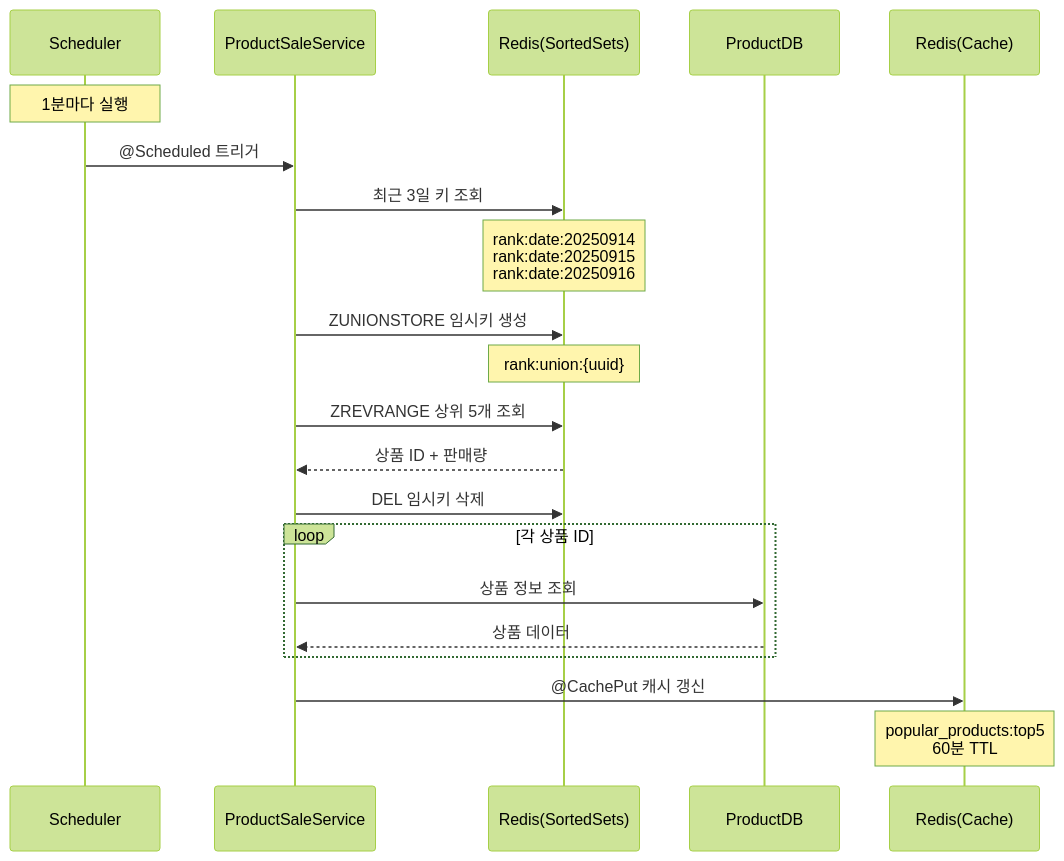
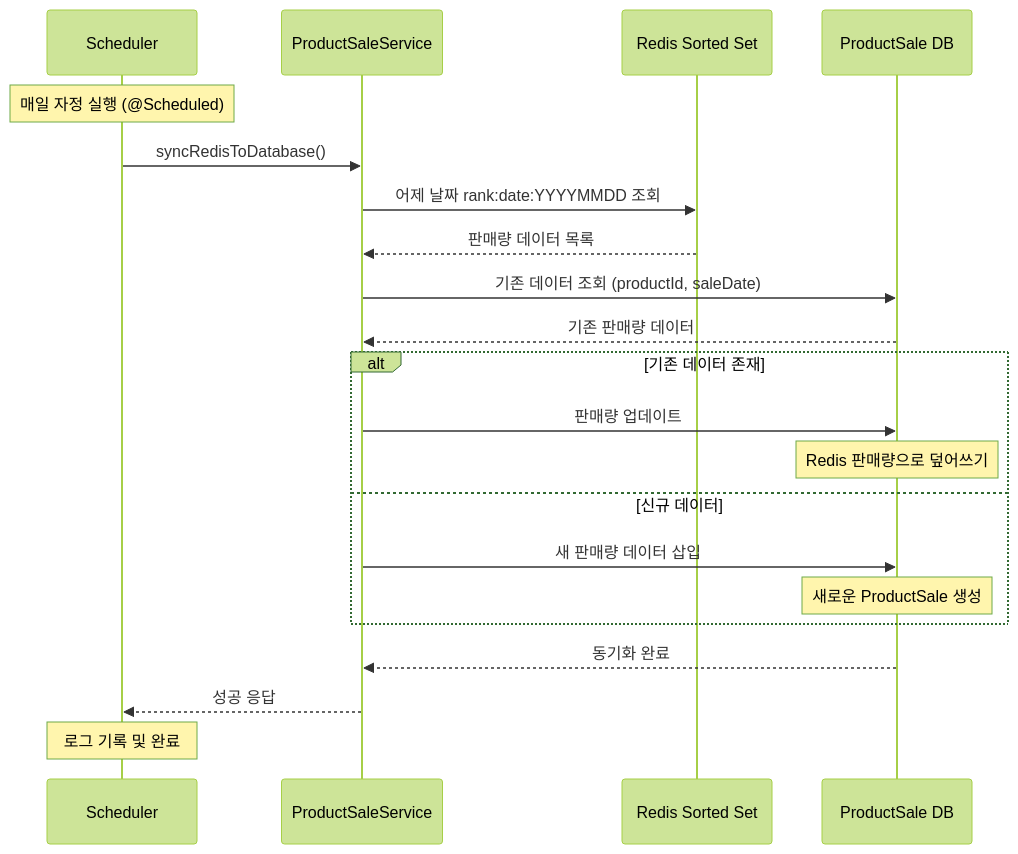
One commit to lostcatbox/e-commerce-order-service changed the third of 3 diagrams in docs/study/product-seller-rank-improve.md. Above: the diagram before and after it, drawn with Mermaid (forest theme). The commit also changed other lines of this file, not shown here.

Commit message:
[docs] 상품 판매량 읽기 및 쓰기 추가 개선 버전 문서 작성 (Redis의 Read-Through, Write-Back 적용) - #63

````diff
--- a/docs/study/product-seller-rank-improve.md
+++ b/docs/study/product-seller-rank-improve.md
@@ -72,30 +118,28 @@
 ```mermaid
 sequenceDiagram
     participant Scheduler
     participant ProductSaleService
-    participant SortedSets as Redis(SortedSets)
-    participant ProductDB
-    participant Cache as Redis(Cache)
+    participant RedisDB as Redis Sorted Set
+    participant ProductDB as ProductSale DB
 
-    Note over Scheduler: 1분마다 실행
+    Note over Scheduler: 매일 자정 실행 (@Scheduled)
 
-    Scheduler->>ProductSaleService: @Scheduled 트리거
-    ProductSaleService->>SortedSets: 최근 3일 키 조회
-    Note over SortedSets: rank:date:20250914<br/>rank:date:20250915<br/>rank:date:20250916
+    Scheduler->>ProductSaleService: syncRedisToDatabase()
+    ProductSaleService->>RedisDB: 어제 날짜 rank:date:YYYYMMDD 조회
+    RedisDB-->>ProductSaleService: 판매량 데이터 목록
 
-    ProductSaleService->>SortedSets: ZUNIONSTORE 임시키 생성
-    Note over SortedSets: rank:union:{uuid}
+    ProductSaleService->>ProductDB: 기존 데이터 조회 (productId, saleDate)
+    ProductDB-->>ProductSaleService: 기존 판매량 데이터
 
-    ProductSaleService->>SortedSets: ZREVRANGE 상위 5개 조회
-    SortedSets-->>ProductSaleService: 상품 ID + 판매량
-
-    ProductSaleService->>SortedSets: DEL 임시키 삭제
-
-    loop 각 상품 ID
-        ProductSaleService->>ProductDB: 상품 정보 조회
-        ProductDB-->>ProductSaleService: 상품 데이터
+    alt 기존 데이터 존재
+        ProductSaleService->>ProductDB: 판매량 업데이트
+        Note over ProductDB: Redis 판매량으로 덮어쓰기
+    else 신규 데이터
+        ProductSaleService->>ProductDB: 새 판매량 데이터 삽입
+        Note over ProductDB: 새로운 ProductSale 생성
     end
 
-    ProductSaleService->>Cache: @CachePut 캐시 갱신
-    Note over Cache: popular_products:top5<br/>60분 TTL
+    ProductDB-->>ProductSaleService: 동기화 완료
+    ProductSaleService-->>Scheduler: 성공 응답
+    Note over Scheduler: 로그 기록 및 완료
 ```
````
